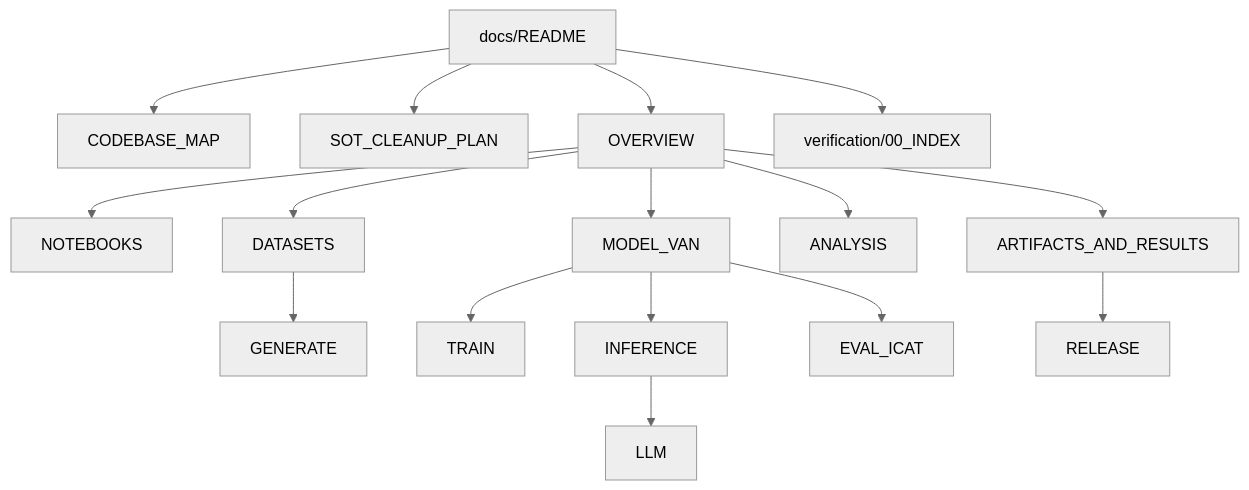
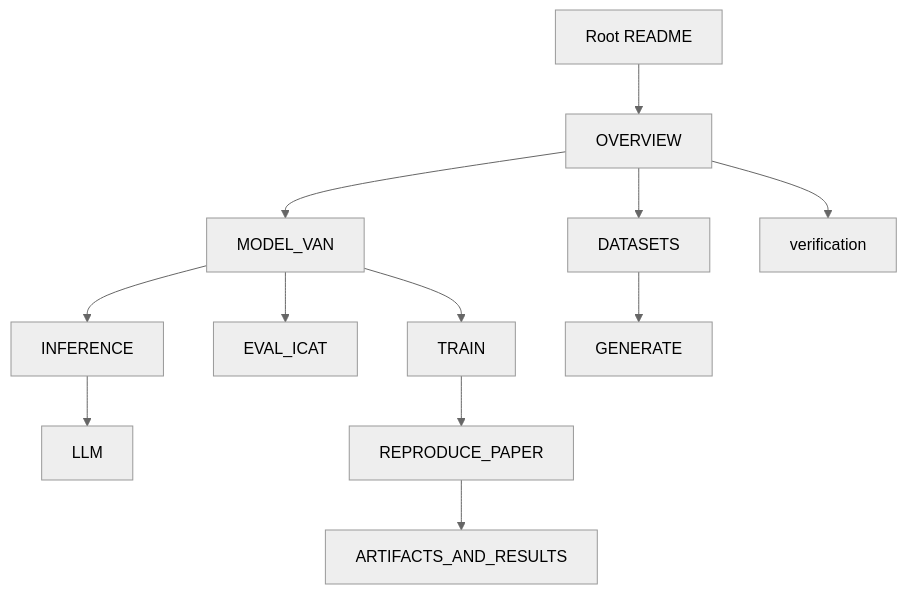
Before and after one commit to dany27041991/fairai: the diagram in docs/README.md, drawn with Mermaid (neutral theme). The commit also changed other lines of this file and 9 other files, not shown here.

````diff
--- a/docs/README.md
+++ b/docs/README.md
@@ -8,18 +17,14 @@
 ```mermaid
 flowchart TB
-  IDX[docs/README] --> MAP[CODEBASE_MAP]
-  IDX --> PLAN[SOT_CLEANUP_PLAN]
-  IDX --> OV[OVERVIEW]
-  OV --> NB[NOTEBOOKS]
+  README[Root README] --> OV[OVERVIEW]
   OV --> DS[DATASETS]
   OV --> MV[MODEL_VAN]
   MV --> TR[TRAIN]
+  MV --> IC[EVAL_ICAT]
   MV --> INF[INFERENCE]
   DS --> GEN[GENERATE]
-  MV --> ICAT[EVAL_ICAT]
   INF --> LLM[LLM]
-  OV --> AN[ANALYSIS]
-  OV --> ART[ARTIFACTS_AND_RESULTS]
-  ART --> REL[RELEASE]
-  IDX --> VER[verification/00_INDEX]
+  TR --> RP[REPRODUCE_PAPER]
+  RP --> ART[ARTIFACTS_AND_RESULTS]
+  OV --> VER[verification]
 ```
````
